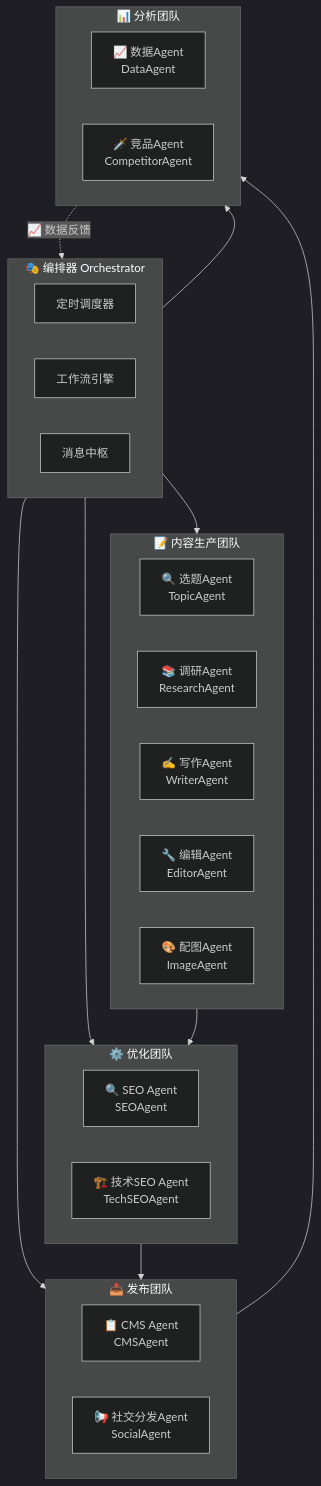
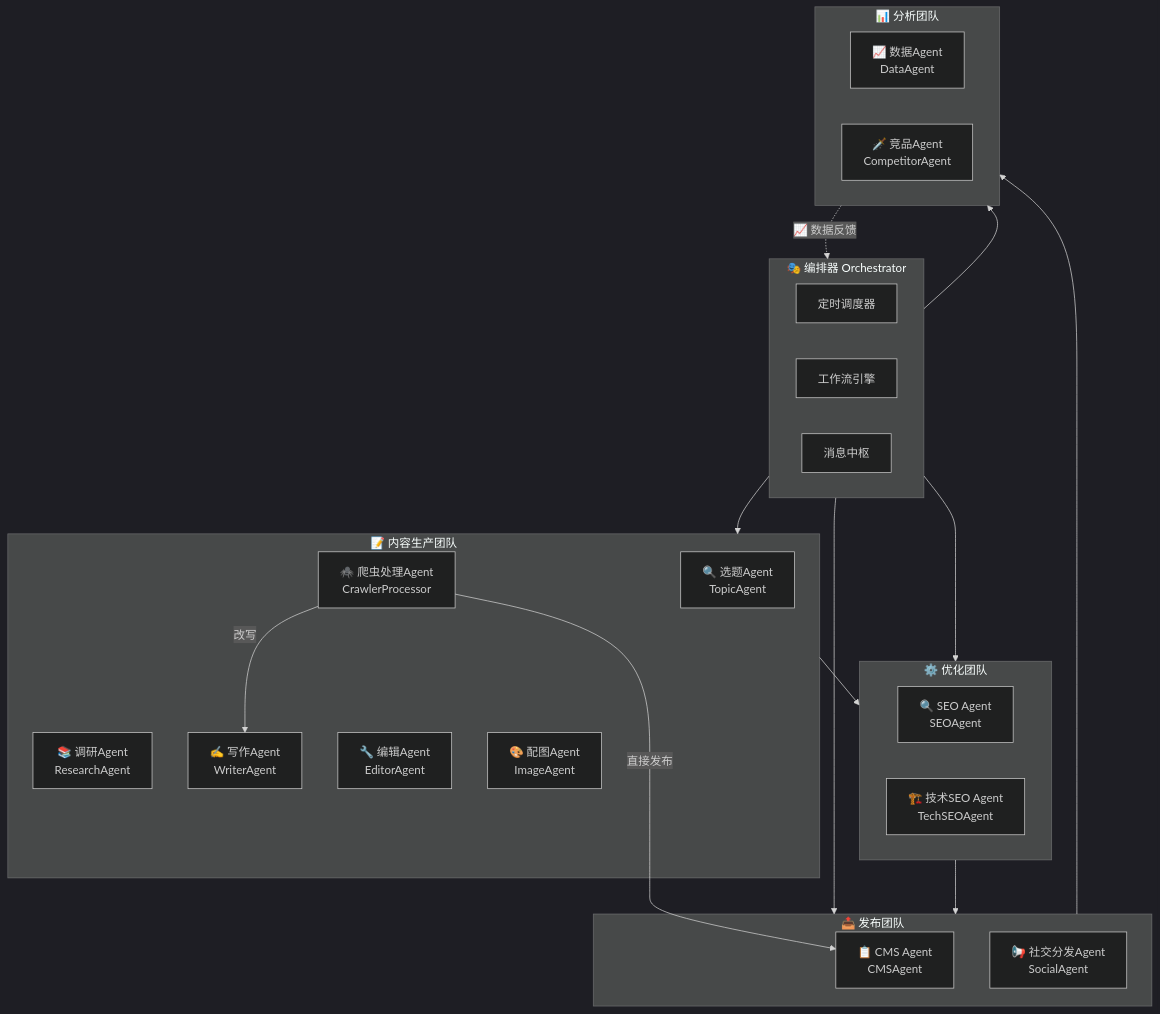
Before and after one commit to flyingsnowzz/Multi-Agent-Automatic-Operation-Website: the diagram in 01-Agent架构图.md, drawn with Mermaid (dark theme). The commit also changed other lines of this file and 18 other files, not shown here.

````diff
--- a/01-Agent架构图.md
+++ b/01-Agent架构图.md
@@ -5,40 +5,43 @@
 ```mermaid
 flowchart TD
     subgraph ORCHESTRATOR["🎭 编排器 Orchestrator"]
         SCHEDULER["定时调度器"]
         WORKFLOW["工作流引擎"]
         HUB["消息中枢"]
     end
 
     subgraph CONTENT["📝 内容生产团队"]
         TOPIC["🔍 选题Agent<br/>TopicAgent"]
         RESEARCH["📚 调研Agent<br/>ResearchAgent"]
         WRITER["✍️ 写作Agent<br/>WriterAgent"]
         EDITOR["🔧 编辑Agent<br/>EditorAgent"]
         IMAGE["🎨 配图Agent<br/>ImageAgent"]
+        CRAWLER["🕷️ 爬虫处理Agent<br/>CrawlerProcessor"]
     end
 
     subgraph OPTIMIZE["⚙️ 优化团队"]
         SEO["🔍 SEO Agent<br/>SEOAgent"]
         TECH["🏗️ 技术SEO Agent<br/>TechSEOAgent"]
     end
 
     subgraph PUBLISH["📤 发布团队"]
         CMS["📋 CMS Agent<br/>CMSAgent"]
         SOCIAL["📢 社交分发Agent<br/>SocialAgent"]
     end
 
     subgraph ANALYTICS["📊 分析团队"]
         DATA["📈 数据Agent<br/>DataAgent"]
         COMPETE["🗡️ 竞品Agent<br/>CompetitorAgent"]
     end
 
     ORCHESTRATOR --> CONTENT
     ORCHESTRATOR --> OPTIMIZE
     ORCHESTRATOR --> PUBLISH
     ORCHESTRATOR --> ANALYTICS
     CONTENT --> OPTIMIZE
     OPTIMIZE --> PUBLISH
     PUBLISH --> ANALYTICS
     ANALYTICS -. "📈 数据反馈" .-> ORCHESTRATOR
+    CRAWLER -->|"直接发布"| CMS
+    CRAWLER -->|"改写"| WRITER
 ```
````
